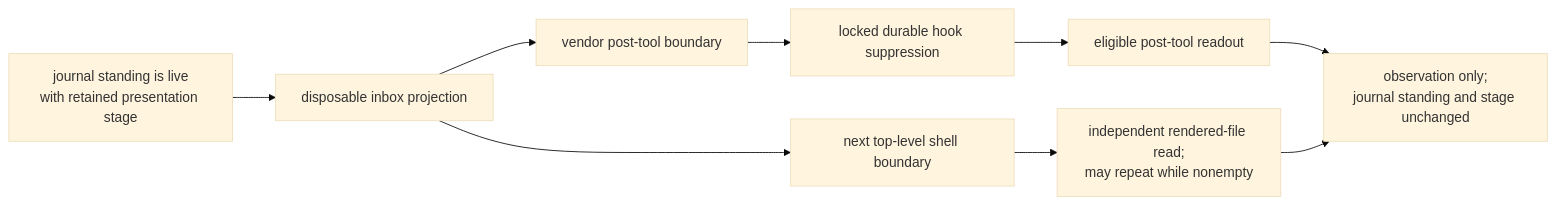
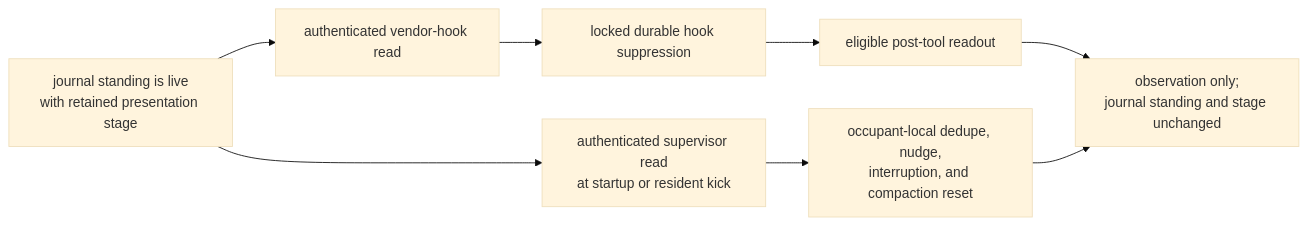
Before and after one commit to infimalabs/spice-rust: the seventh of 16 diagrams in docs/product/loops.md, drawn with Mermaid (base theme). The commit also changed other lines of this file and 95 other files, not shown here.

````diff
--- a/docs/product/loops.md
+++ b/docs/product/loops.md
@@ -198,11 +158,10 @@
 ```mermaid
 flowchart LR
-  J["journal standing is live<br/>with retained presentation stage"] --> P["disposable inbox projection"]
-  P --> V["vendor post-tool boundary"]
-  P --> S["next top-level shell boundary"]
+  J["journal standing is live<br/>with retained presentation stage"] --> V["authenticated vendor-hook read"]
+  J --> S["authenticated supervisor read<br/>at startup or resident kick"]
   V --> H["locked durable hook suppression"]
   H --> VR["eligible post-tool readout"]
-  S --> SR["independent rendered-file read;<br/>may repeat while nonempty"]
+  S --> SR["occupant-local dedupe, nudge,<br/>interruption, and compaction reset"]
   VR --> U["observation only;<br/>journal standing and stage unchanged"]
   SR --> U
 ```
````
